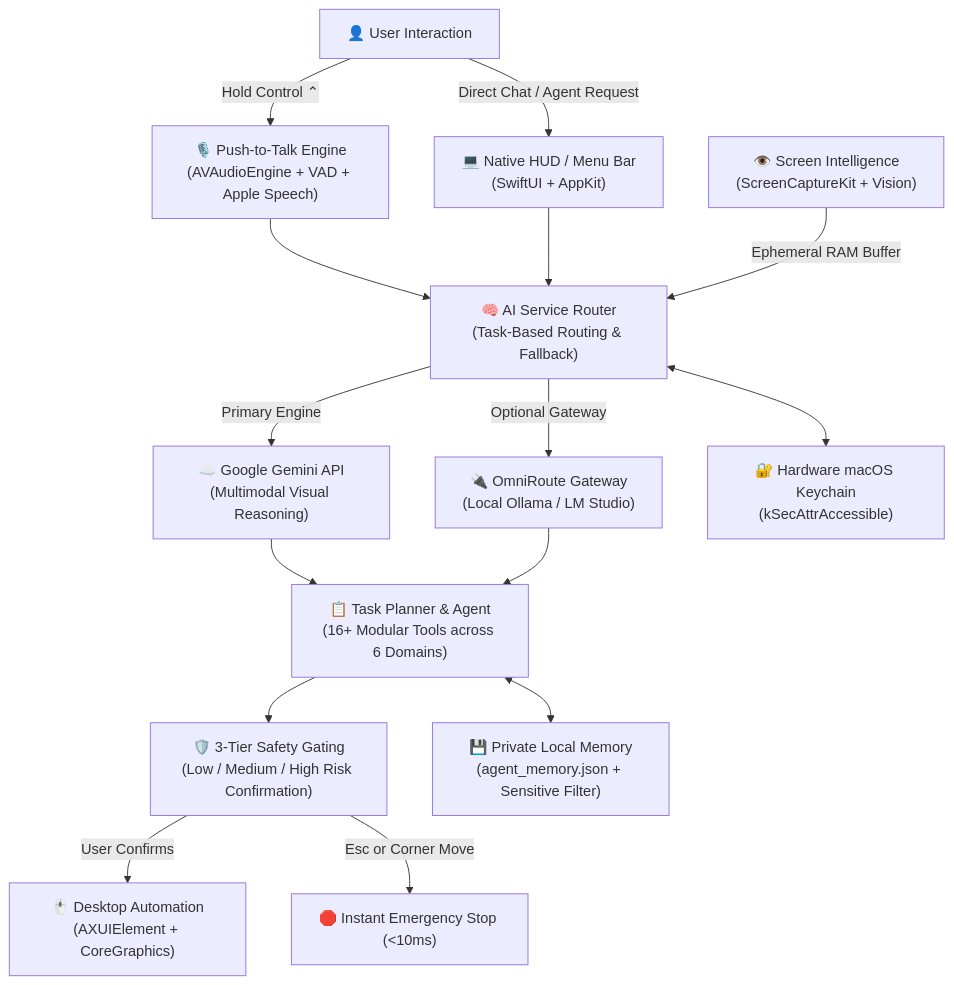
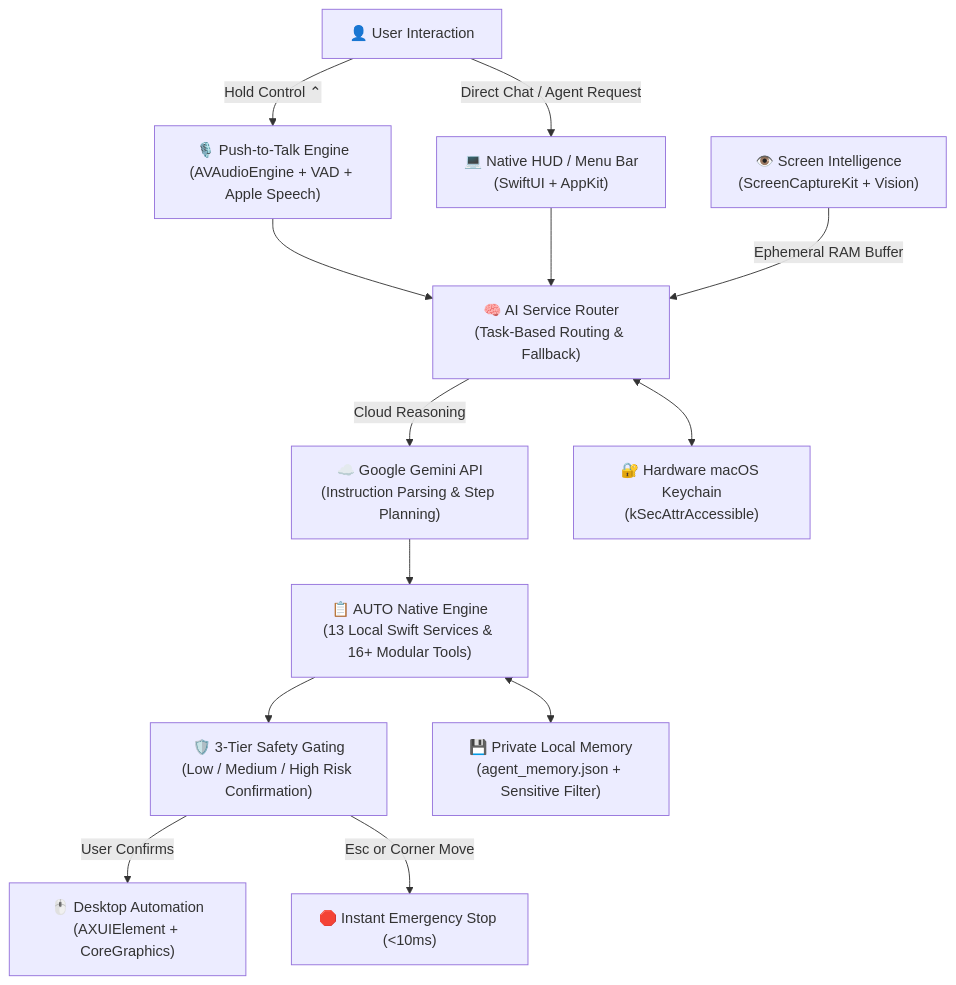
The diagram in README.md (ketanbaba2006/AUTO), drawn with Mermaid before and after one commit. The commit also changed other lines of this file and 56 other files, not shown here.

Commit message:
feat: complete Hybrid AI Architecture (Gemini Reasoning + 13 Local Native Swift Services)

````diff
--- a/README.md
+++ b/README.md
@@ -52,23 +52,20 @@
 ```mermaid
 flowchart TD
     User["👤 User Interaction"] -->|"Hold Control ⌃"| VoiceEngine["🎙️ Push-to-Talk Engine<br/>(AVAudioEngine + VAD + Apple Speech)"]
     User -->|"Direct Chat / Agent Request"| CompanionUI["💻 Native HUD / Menu Bar<br/>(SwiftUI + AppKit)"]
 
     VoiceEngine --> Routing["🧠 AI Service Router<br/>(Task-Based Routing & Fallback)"]
     CompanionUI --> Routing
 
     ScreenCap["👁️ Screen Intelligence<br/>(ScreenCaptureKit + Vision)"] -->|"Ephemeral RAM Buffer"| Routing
 
-    Routing -->|"Primary Engine"| Gemini["☁️ Google Gemini API<br/>(Multimodal Visual Reasoning)"]
-    Routing -->|"Optional Gateway"| OmniRoute["🔌 OmniRoute Gateway<br/>(Local Ollama / LM Studio)"]
-
-    Gemini --> Planner["📋 Task Planner & Agent<br/>(16+ Modular Tools across 6 Domains)"]
-    OmniRoute --> Planner
+    Routing -->|"Cloud Reasoning"| Gemini["☁️ Google Gemini API<br/>(Instruction Parsing & Step Planning)"]
+    Gemini --> Planner["📋 AUTO Native Engine<br/>(13 Local Swift Services & 16+ Modular Tools)"]
 
     Planner --> Safety["🛡️ 3-Tier Safety Gating<br/>(Low / Medium / High Risk Confirmation)"]
     Safety -->|"User Confirms"| Automation["🖱️ Desktop Automation<br/>(AXUIElement + CoreGraphics)"]
     Safety -->|"Esc or Corner Move"| EStop["🛑 Instant Emergency Stop (<10ms)"]
 
     Planner <--> Memory["💾 Private Local Memory<br/>(agent_memory.json + Sensitive Filter)"]
     Routing <--> Keychain["🔐 Hardware macOS Keychain<br/>(kSecAttrAccessible)"]
 ```
````
